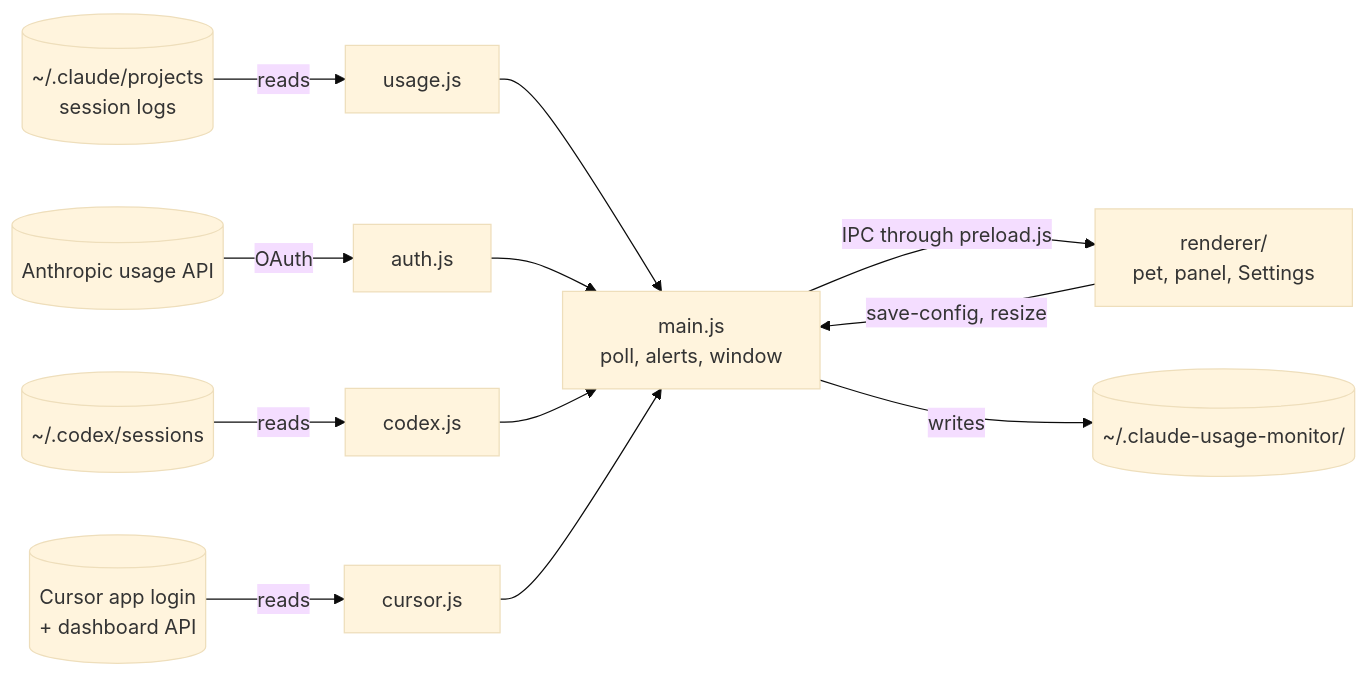
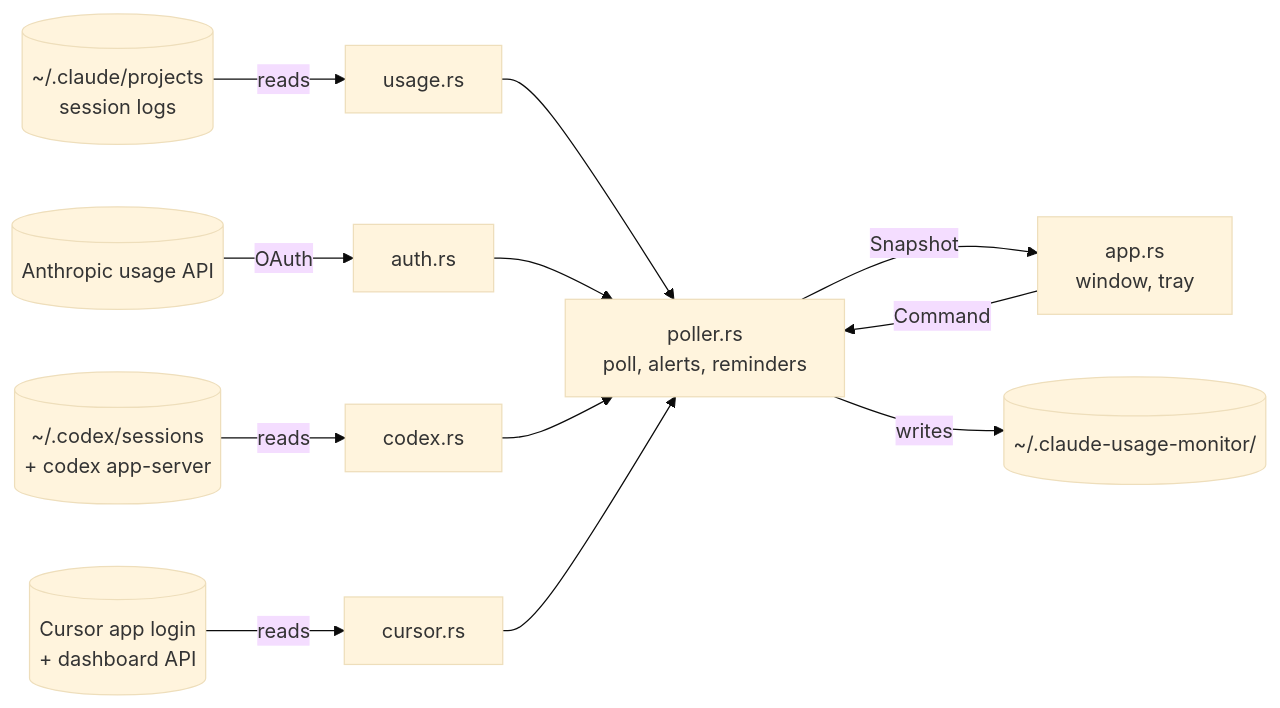
The diagram in docs/design/01-architecture.md (renatoaug/claude-usage-monitor), drawn with Mermaid (base theme) before and after one commit. The commit also changed other lines of this file and 244 other files, not shown here.

````diff
--- a/docs/design/01-architecture.md
+++ b/docs/design/01-architecture.md
@@ -9,14 +9,14 @@
 ```mermaid
 flowchart LR
-    logs[("~/.claude/projects<br/>session logs")] -- "reads" --> usage["usage.js"]
-    api[("Anthropic usage API")] -- "OAuth" --> auth["auth.js"]
-    codexlogs[("~/.codex/sessions")] -- "reads" --> codex["codex.js"]
-    cursorapp[("Cursor app login<br/>+ dashboard API")] -- "reads" --> cursor["cursor.js"]
-    usage --> main["main.js<br/>poll, alerts, window"]
-    auth --> main
-    codex --> main
-    cursor --> main
-    main -- "IPC through preload.js" --> renderer["renderer/<br/>pet, panel, Settings"]
-    renderer -- "save-config, resize" --> main
-    main -- "writes" --> data[("~/.claude-usage-monitor/")]
+    logs[("~/.claude/projects<br/>session logs")] -- "reads" --> usage["usage.rs"]
+    api[("Anthropic usage API")] -- "OAuth" --> auth["auth.rs"]
+    codexlogs[("~/.codex/sessions<br/>+ codex app-server")] -- "reads" --> codex["codex.rs"]
+    cursorapp[("Cursor app login<br/>+ dashboard API")] -- "reads" --> cursor["cursor.rs"]
+    usage --> poller["poller.rs<br/>poll, alerts, reminders"]
+    auth --> poller
+    codex --> poller
+    cursor --> poller
+    poller -- "Snapshot" --> app["app.rs<br/>window, tray"]
+    app -- "Command" --> poller
+    poller -- "writes" --> data[("~/.claude-usage-monitor/")]
 ```
````
